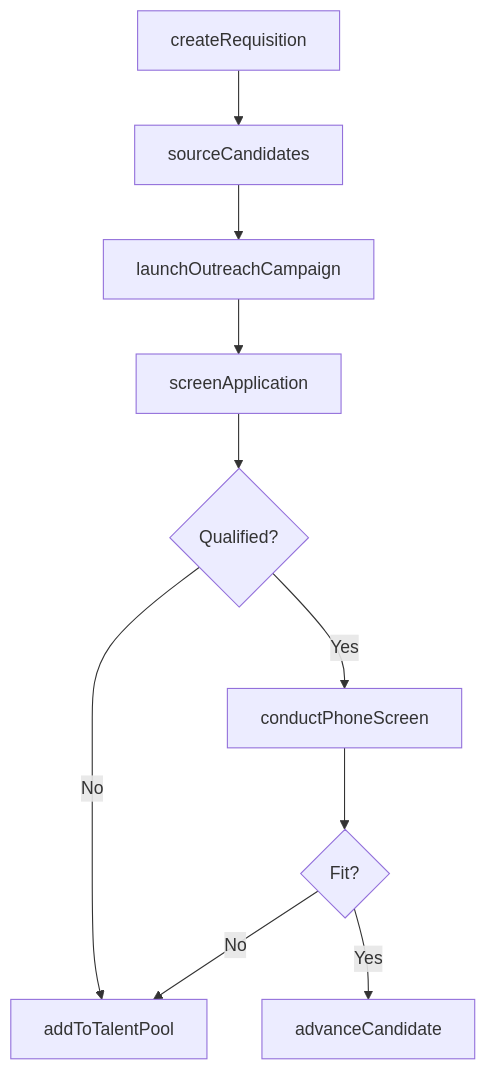
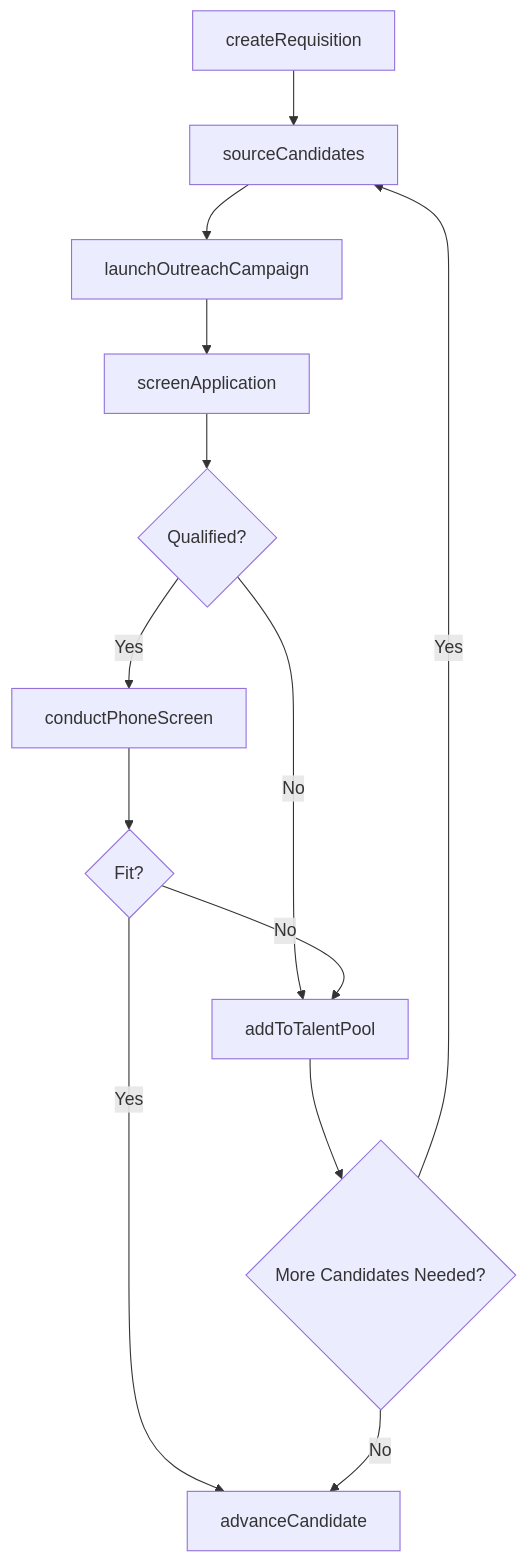
One commit to dot-org-ai/tasks.org.ai changed the third of 4 diagrams in StaffingOrganizationalUnits/PerformRecruitingOrHiringActivities/RecruitPersonnel.mdx. Above: the diagram before and after it, drawn with Mermaid. The commit also changed other lines of this file and 266 other files, not shown here.

First line of the commit message:
feat: Add ER diagrams, state diagrams to wave 2 batch (251 DWA files)

````diff
--- a/StaffingOrganizationalUnits/PerformRecruitingOrHiringActivities/RecruitPersonnel.mdx
+++ b/StaffingOrganizationalUnits/PerformRecruitingOrHiringActivities/RecruitPersonnel.mdx
@@ -92,12 +121,15 @@
 ```mermaid
 graph TD
     A[createRequisition] --> B[sourceCandidates]
     B --> C[launchOutreachCampaign]
     C --> D[screenApplication]
     D --> E{Qualified?}
     E -->|No| F[addToTalentPool]
     E -->|Yes| G[conductPhoneScreen]
     G --> H{Fit?}
     H -->|No| F
     H -->|Yes| I[advanceCandidate]
+    F --> J{More Candidates Needed?}
+    J -->|Yes| B
+    J -->|No| I
 ```
````
